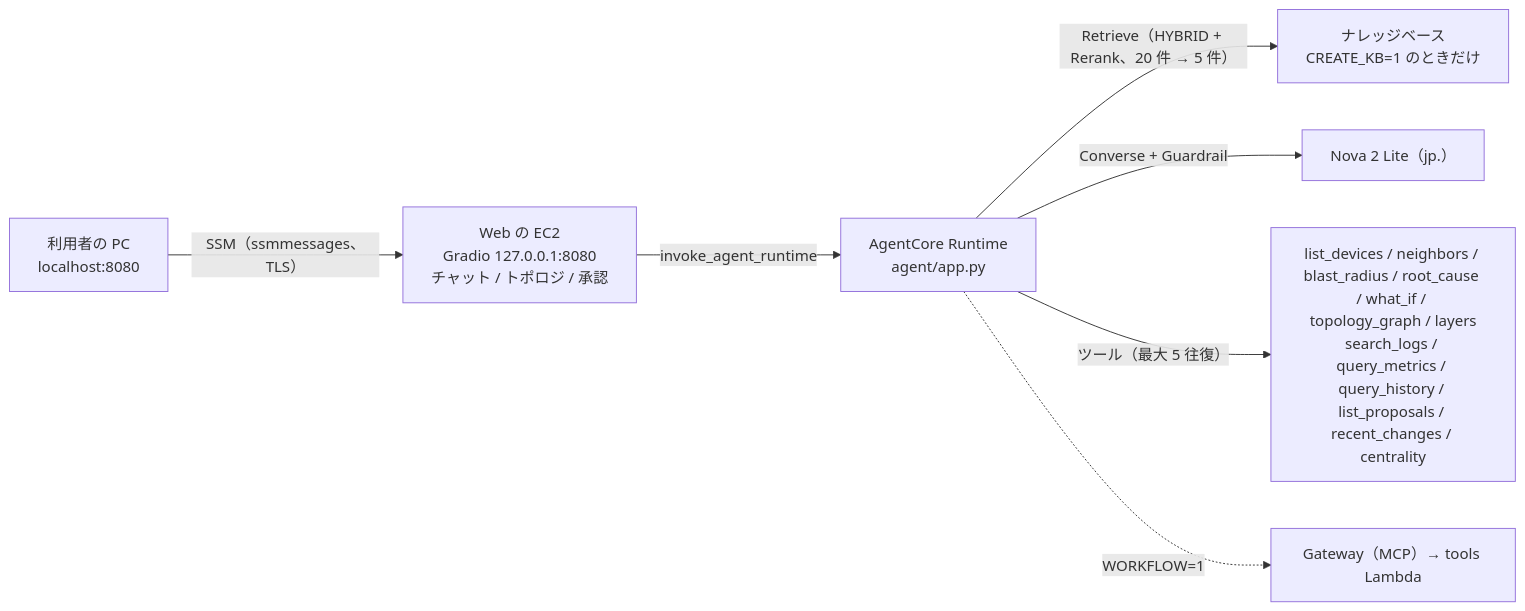
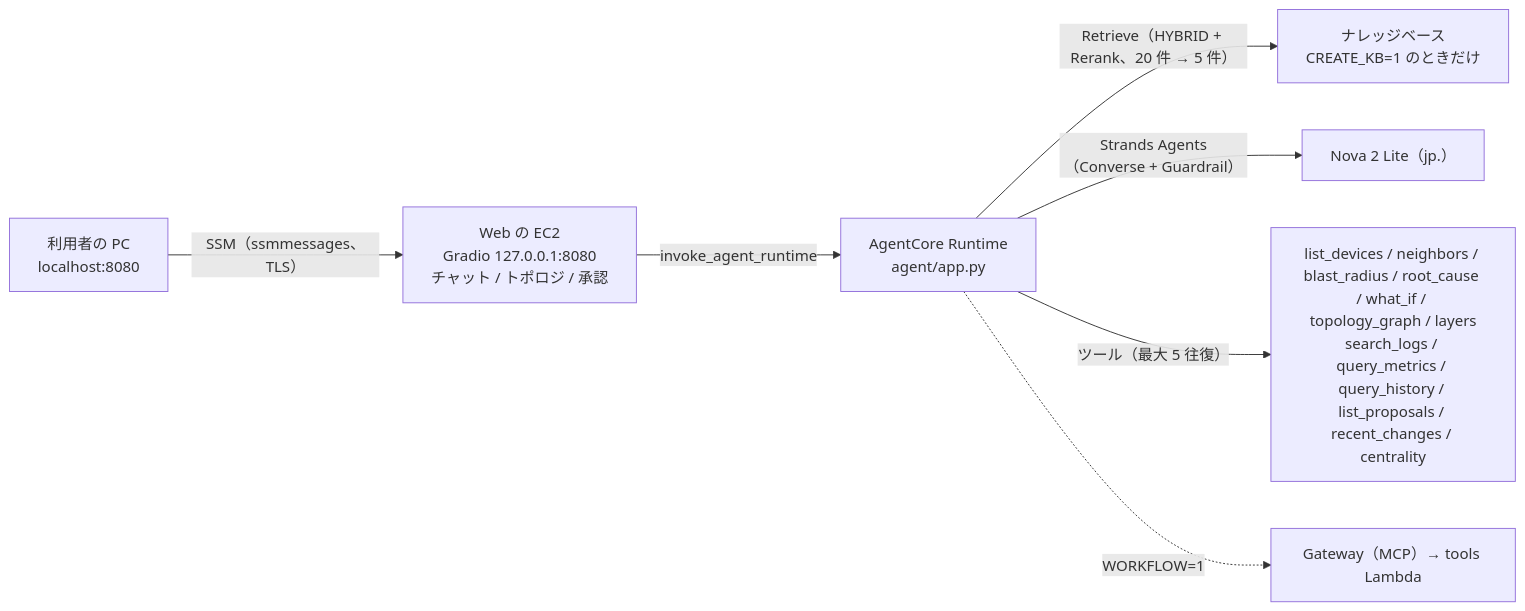
One commit to eddie-eights/nwc-poc changed the diagram in docs/architecture/agent.md. Above: the diagram before and after it, drawn with Mermaid. The commit also changed other lines of this file and 6 other files, not shown here.

First line of the commit message:
エージェントのループを Strands Agents に載せ替えた（strands-agent 0597147 をいまの main に載せ直し）

````diff
--- a/docs/architecture/agent.md
+++ b/docs/architecture/agent.md
@@ -9,9 +9,9 @@
 ```mermaid
 flowchart LR
   PC["利用者の PC<br/>localhost:8080"] -->|"SSM（ssmmessages、TLS）"| WEB["Web の EC2<br/>Gradio 127.0.0.1:8080<br/>チャット / トポロジ / 承認"]
   WEB -->|"invoke_agent_runtime"| RT["AgentCore Runtime<br/>agent/app.py"]
   RT -->|"Retrieve（HYBRID + Rerank、20 件 → 5 件）"| KB["ナレッジベース<br/>CREATE_KB=1 のときだけ"]
-  RT -->|"Converse + Guardrail"| LLM["Nova 2 Lite（jp.）"]
+  RT -->|"Strands Agents（Converse + Guardrail）"| LLM["Nova 2 Lite（jp.）"]
   RT -->|"ツール（最大 5 往復）"| TOOLS["list_devices / neighbors / blast_radius / root_cause / what_if / topology_graph / layers<br/>search_logs / query_metrics / query_history / list_proposals / recent_changes / centrality"]
   RT -.->|"WORKFLOW=1"| GW["Gateway（MCP）→ tools Lambda"]
 ```
````
